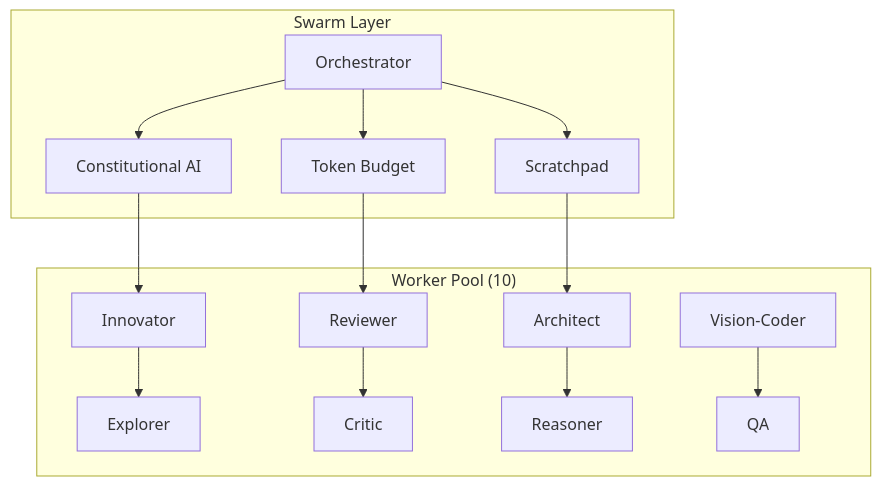
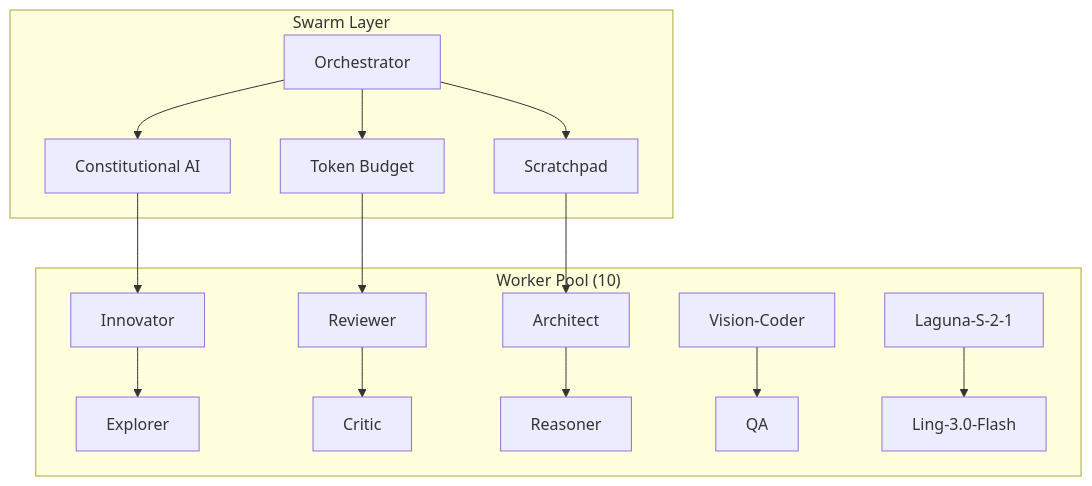
One commit to MohamedNamper333/swarm-agent changed the first of 4 diagrams in SWARM-VAULT-WRITER.md. Above: the diagram before and after it, drawn with Mermaid. The commit also changed other lines of this file and 16 other files, not shown here.

````diff
--- a/SWARM-VAULT-WRITER.md
+++ b/SWARM-VAULT-WRITER.md
@@ -87,19 +111,20 @@
 ```mermaid
 graph TB
     subgraph "Swarm Layer"
         A[Orchestrator] --> B[Constitutional AI]
         A --> C[Token Budget]
         A --> D[Scratchpad]
     end
     
     subgraph "Worker Pool (10)"
         E[Innovator] --> F[Explorer]
         G[Reviewer] --> H[Critic]
         I[Architect] --> J[Reasoner]
         K[Vision-Coder] --> L[QA]
+        M[Laguna-S-2-1] --> N[Ling-3.0-Flash]
     end
     
     B --> E
     C --> G
     D --> I
 ```
````
